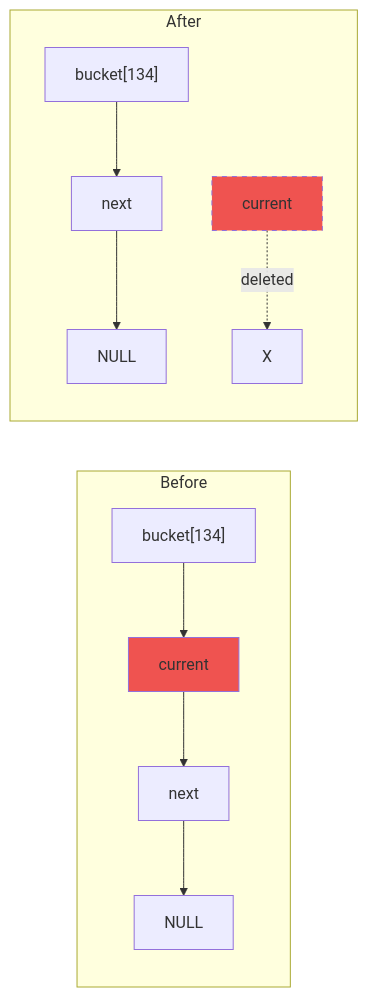
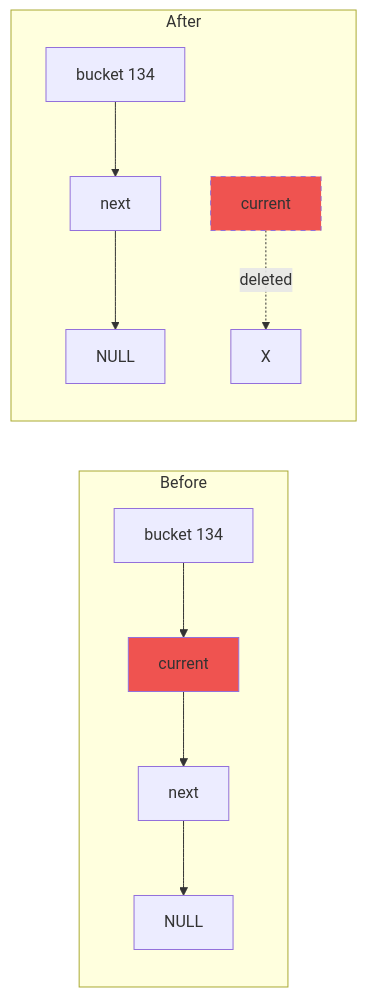
One commit to Uttam-Mahata/Compiler-Design-LAB changed the ninth of 22 diagrams in Assignment-04-TC/SYMBOL_TABLE_IMPLEMENTATION_EXPLAINED.md. Above: the diagram before and after it, drawn with Mermaid. The commit also changed other lines of this file, not shown here.

Commit message:
Update symbol table documentation: enhance clarity in diagrams and improve terminology consistency

````diff
--- a/Assignment-04-TC/SYMBOL_TABLE_IMPLEMENTATION_EXPLAINED.md
+++ b/Assignment-04-TC/SYMBOL_TABLE_IMPLEMENTATION_EXPLAINED.md
@@ -832,17 +832,17 @@
 ```mermaid
 graph LR
     subgraph "Before"
-        B1["bucket[134]"] --> CUR1[current]
+        B1["bucket 134"] --> CUR1[current]
         CUR1 --> NEXT1[next]
         NEXT1 --> NULL1[NULL]
     end
     
     subgraph "After"
-        B2["bucket[134]"] --> NEXT2[next]
+        B2["bucket 134"] --> NEXT2[next]
         NEXT2 --> NULL2[NULL]
         CUR2[current] -.-> |deleted| X1[X]
     end
     
     style CUR1 fill:#ef5350
     style CUR2 fill:#ef5350,stroke-dasharray: 5 5
 ```
````
